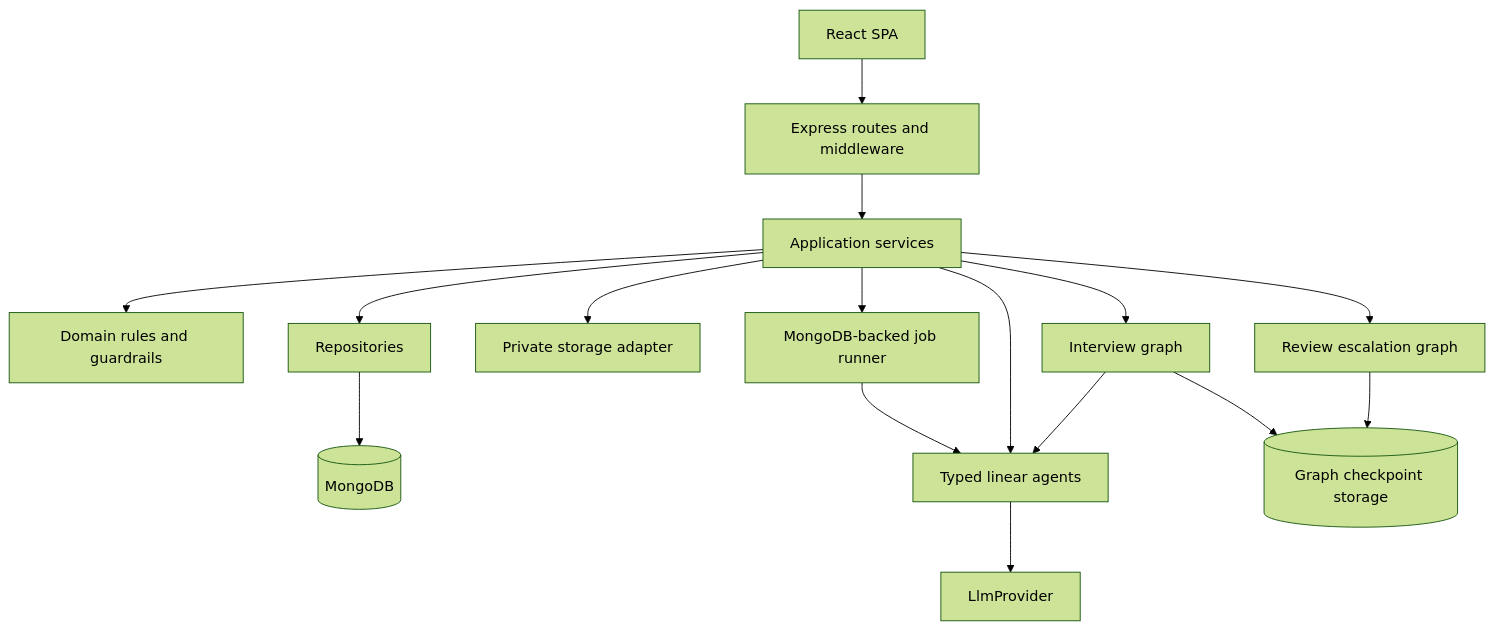
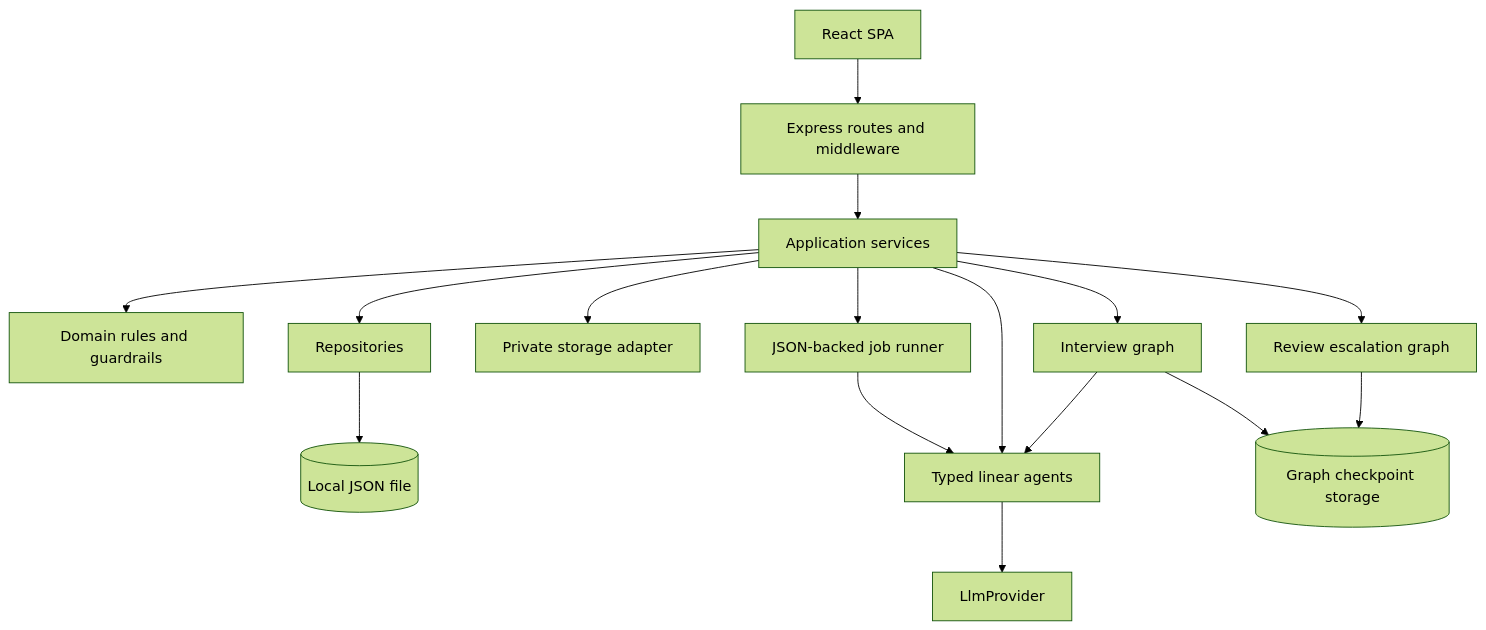
The diagram in docs/architecture/HLD.md (busisiweMailula/AI_Coach), drawn with Mermaid (forest theme) before and after one commit. The commit also changed other lines of this file and 68 other files, not shown here.

````diff
--- a/docs/architecture/HLD.md
+++ b/docs/architecture/HLD.md
@@ -17,18 +17,18 @@
 ```mermaid
 flowchart TB
   FE[React SPA] --> API[Express routes and middleware]
   API --> SVC[Application services]
   SVC --> DOMAIN[Domain rules and guardrails]
   SVC --> REPO[Repositories]
-  REPO --> DB[(MongoDB)]
+  REPO --> DB[(Local JSON file)]
   SVC --> STORAGE[Private storage adapter]
-  SVC --> JOBS[MongoDB-backed job runner]
+  SVC --> JOBS[JSON-backed job runner]
   JOBS --> AGENTS[Typed linear agents]
   SVC --> AGENTS
   AGENTS --> LLM[LlmProvider]
   SVC --> INTERVIEW[Interview graph]
   SVC --> REVIEW[Review escalation graph]
   INTERVIEW --> CHECKPOINT[(Graph checkpoint storage)]
   REVIEW --> CHECKPOINT
   INTERVIEW --> AGENTS
 ```
````
